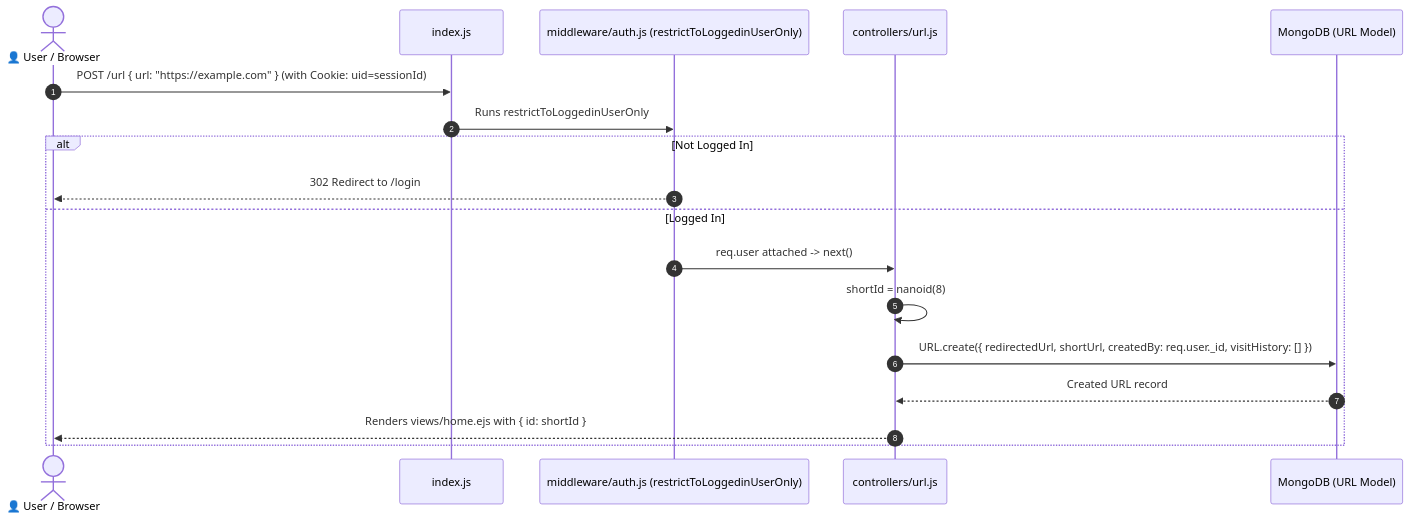
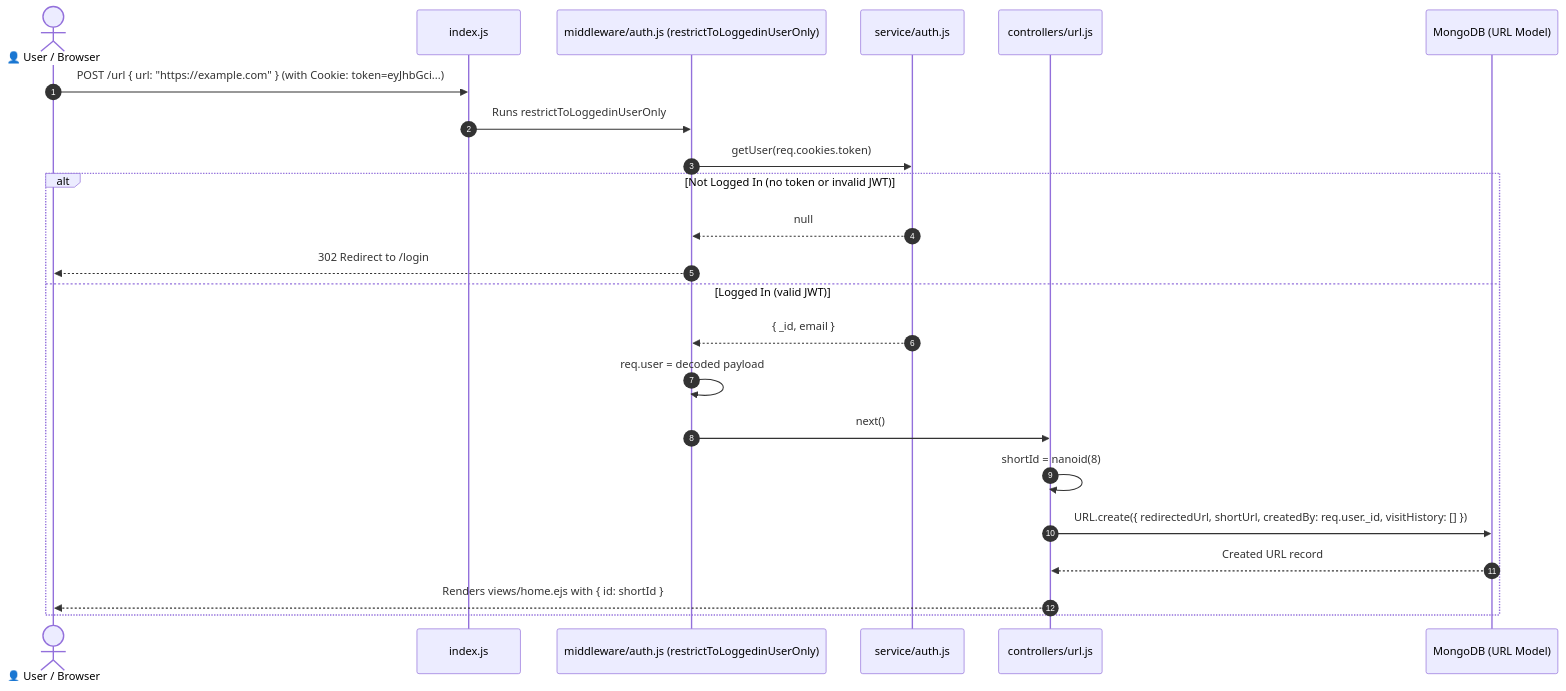
The fifth of 6 diagrams in short-url/AUTH_FLOW.md (divyal-11/backend-work), drawn with Mermaid before and after one commit. The commit also changed other lines of this file, not shown here.

Commit message:
updated auth flow - JWT based

````diff
--- a/short-url/AUTH_FLOW.md
+++ b/short-url/AUTH_FLOW.md
@@ -174,22 +210,27 @@
 ```mermaid
 sequenceDiagram
     autonumber
     actor User as 👤 User / Browser
     participant Index as index.js
     participant Mid as middleware/auth.js (restrictToLoggedinUserOnly)
+    participant JWT as service/auth.js
     participant Ctrl as controllers/url.js
     participant DB as MongoDB (URL Model)
 
-    User->>Index: POST /url { url: "https://example.com" } (with Cookie: uid=sessionId)
+    User->>Index: POST /url { url: "https://example.com" } (with Cookie: token=eyJhbGci...)
     Index->>Mid: Runs restrictToLoggedinUserOnly
+    Mid->>JWT: getUser(req.cookies.token)
     
-    alt Not Logged In
+    alt Not Logged In (no token or invalid JWT)
+        JWT-->>Mid: null
         Mid-->>User: 302 Redirect to /login
-    else Logged In
-        Mid->>Ctrl: req.user attached -> next()
+    else Logged In (valid JWT)
+        JWT-->>Mid: { _id, email }
+        Mid->>Mid: req.user = decoded payload
+        Mid->>Ctrl: next()
         Ctrl->>Ctrl: shortId = nanoid(8)
         Ctrl->>DB: URL.create({ redirectedUrl, shortUrl, createdBy: req.user._id, visitHistory: [] })
         DB-->>Ctrl: Created URL record
         Ctrl-->>User: Renders views/home.ejs with { id: shortId }
     end
 ```
````
